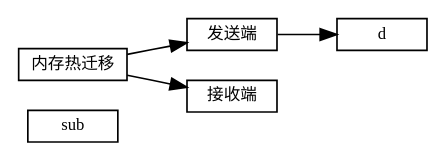
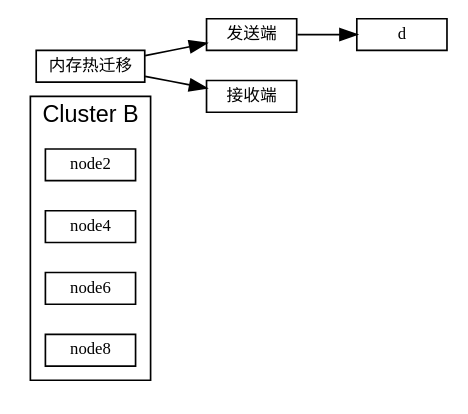
One commit to sisyphus1212/note changed the diagram in 虚拟化/热迁移/1-内存热迁移.md. Above: the diagram before and after it, drawn with Graphviz.

Commit message:
auto_update

````diff
--- a/虚拟化/热迁移/1-内存热迁移.md
+++ b/虚拟化/热迁移/1-内存热迁移.md
@@ -11,18 +11,21 @@
 ```graphviz
 digraph 热迁移 {
 fontname="Helvetica,Arial,sans-serif"
 //node [fontname="Helvetica,Arial,sans-serif"]
 edge [fontname="Helvetica,Arial,sans-serif"]
 rankdir="LR"
 node [fontsize=10, shape=box, height=0.25]
 edge [fontsize=10]
 
-sub
+  subgraph cluster_b {
+    label="Cluster B";
+    node2; node4; node6; node8;
+  }
 
 内存热迁移 [label="内存热迁移"]
 内存热迁移 -> 发送端
            -> d
 
 内存热迁移 -> 接收端
 }
 ```
````
